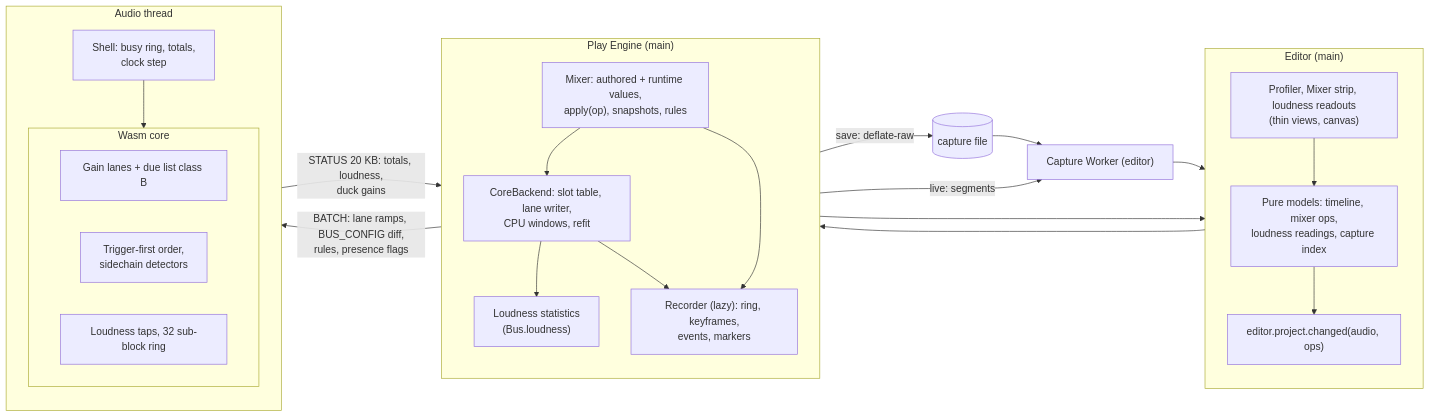
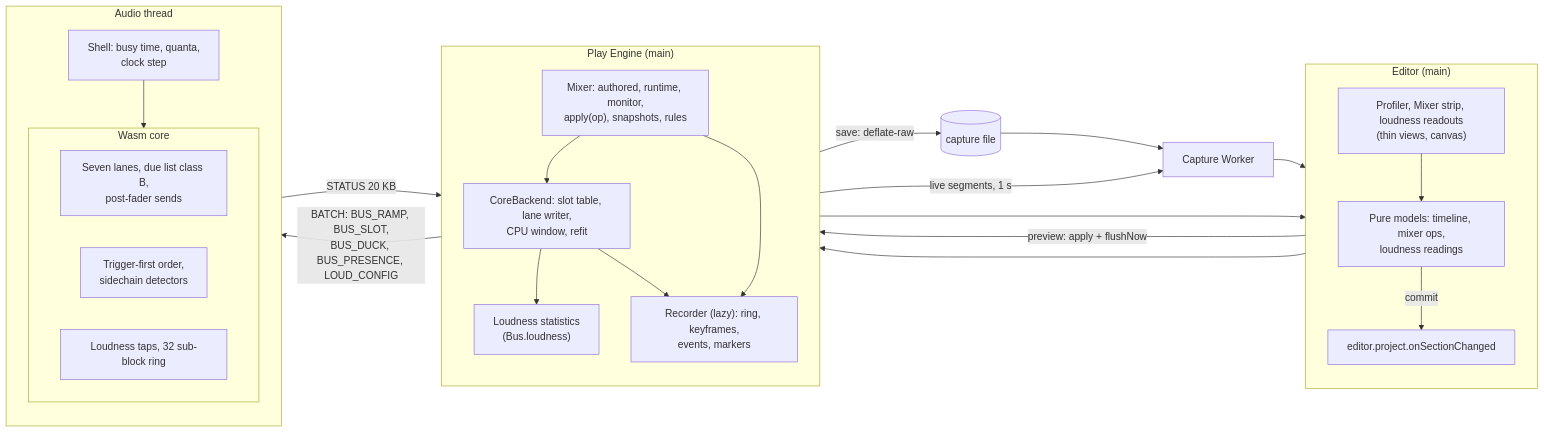
Before and after one commit to doughtnerd/TranquilityEngine: the first of 10 diagrams in docs/design/0171-audio-mix/architecture.md, drawn with Mermaid. The commit also changed other lines of this file and 1 other file, not shown here.

First line of the commit message:
M5 design: architecture and contracts revision 2 (rulings R1-R25, resolutions of the senior's review)

````diff
--- a/docs/design/0171-audio-mix/architecture.md
+++ b/docs/design/0171-audio-mix/architecture.md
@@ -36,41 +49,42 @@
 ```mermaid
 flowchart LR
   subgraph Editor["Editor (main)"]
     direction TB
     Views["Profiler, Mixer strip, loudness readouts<br/>(thin views, canvas)"]
-    Models["Pure models: timeline, mixer ops,<br/>loudness readings, capture index"]
-    Hook["editor.project.changed(audio, ops)"]
+    Models["Pure models: timeline, mixer ops,<br/>loudness readings"]
+    Hook["editor.project.onSectionChanged"]
   end
   subgraph Engine["Play Engine (main)"]
     direction TB
-    Mixer["Mixer: authored + runtime values,<br/>apply(op), snapshots, rules"]
-    CB["CoreBackend: slot table, lane writer,<br/>CPU windows, refit"]
+    Mixer["Mixer: authored, runtime, monitor,<br/>apply(op), snapshots, rules"]
+    CB["CoreBackend: slot table, lane writer,<br/>CPU window, refit"]
     Loud["Loudness statistics<br/>(Bus.loudness)"]
     Rec["Recorder (lazy): ring, keyframes,<br/>events, markers"]
   end
   subgraph Worklet["Audio thread"]
     direction TB
-    Shell["Shell: busy ring, totals,<br/>clock step"]
+    Shell["Shell: busy time, quanta,<br/>clock step"]
     subgraph Core["Wasm core"]
-      Lanes["Gain lanes + due list class B"]
+      Lanes["Seven lanes, due list class B,<br/>post-fader sends"]
       Order["Trigger-first order,<br/>sidechain detectors"]
       Taps["Loudness taps, 32 sub-block ring"]
     end
   end
-  Worker["Capture Worker (editor)"]
+  Worker["Capture Worker"]
   Views --> Models
-  Models --> Hook
+  Models -->|"commit"| Hook
+  Models -->|"preview: apply + flushNow"| Mixer
   Hook --> Mixer
   Mixer --> CB
-  CB -->|"BATCH: lane ramps, BUS_CONFIG diff,<br/>rules, presence flags"| Shell
+  CB -->|"BATCH: BUS_RAMP, BUS_SLOT,<br/>BUS_DUCK, BUS_PRESENCE, LOUD_CONFIG"| Shell
   Shell --> Core
-  Shell -->|"STATUS 20 KB: totals, loudness,<br/>duck gains"| CB
+  Shell -->|"STATUS 20 KB"| CB
   CB --> Loud
   CB --> Rec
   Mixer --> Rec
+  Rec -->|"live segments, 1 s"| Worker
   Rec -->|"save: deflate-raw"| File[("capture file")]
   File --> Worker
-  Rec -->|"live: segments"| Worker
   Worker --> Models
   Loud --> Models
 ```
````
